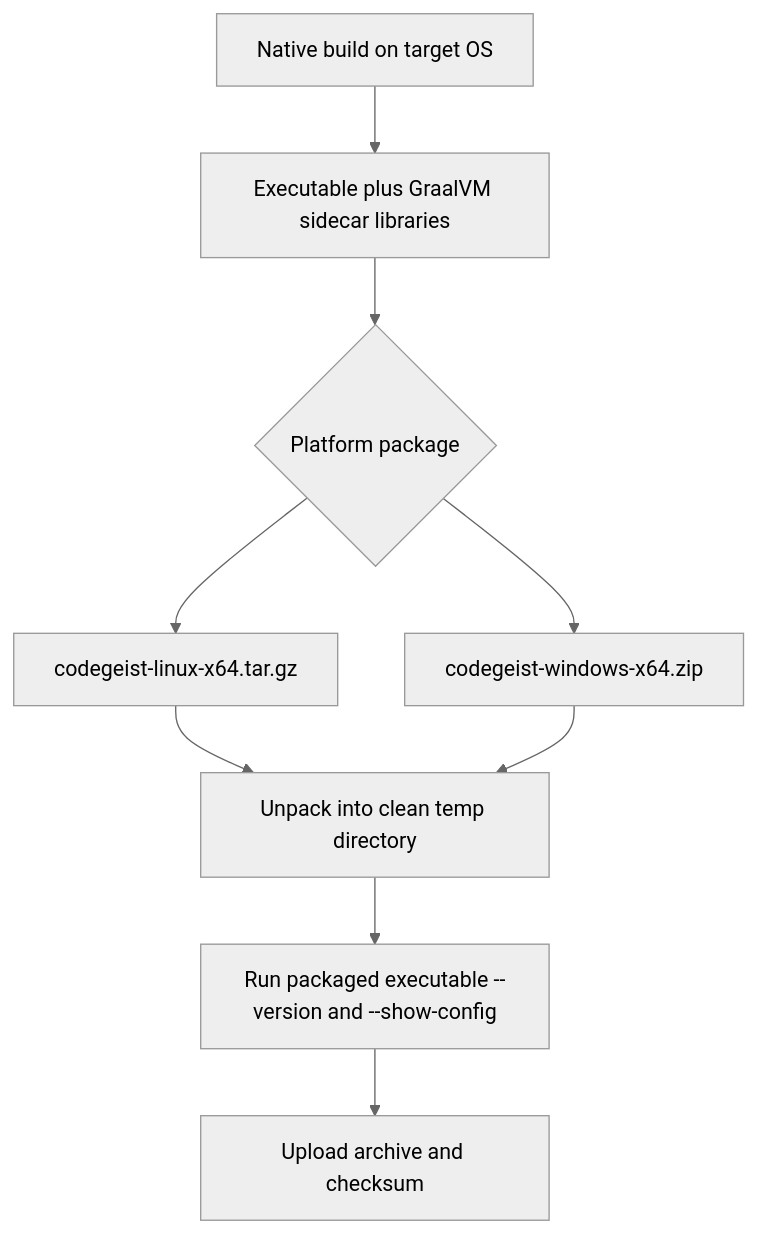
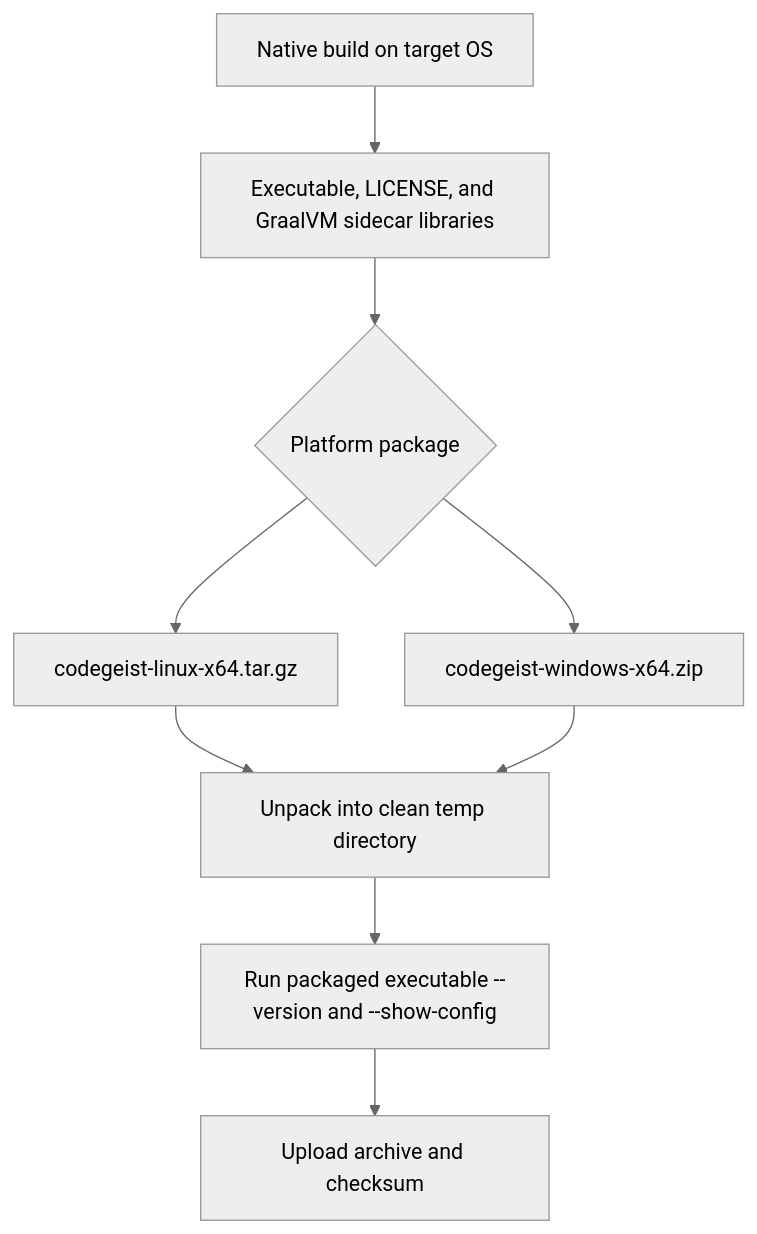
Before and after one commit to codegeist-ai/codegeist: the first of 2 diagrams in docs/developer/release/native-distribution-packaging.md, drawn with Mermaid (neutral theme). The commit also changed other lines of this file and 42 other files, not shown here.

````diff
--- a/docs/developer/release/native-distribution-packaging.md
+++ b/docs/developer/release/native-distribution-packaging.md
@@ -87,20 +87,20 @@
 ```mermaid
 flowchart TD
     Build[Native build on target OS]
-    Output[Executable plus GraalVM sidecar libraries]
+    Output[Executable, LICENSE, and GraalVM sidecar libraries]
     Package{Platform package}
     Linux[codegeist-linux-x64.tar.gz]
     Windows[codegeist-windows-x64.zip]
     Smoke[Unpack into clean temp directory]
     Run[Run packaged executable --version and --show-config]
     Release[Upload archive and checksum]
 
     Build --> Output
     Output --> Package
     Package --> Linux
     Package --> Windows
     Linux --> Smoke
     Windows --> Smoke
     Smoke --> Run
     Run --> Release
 ```
````
